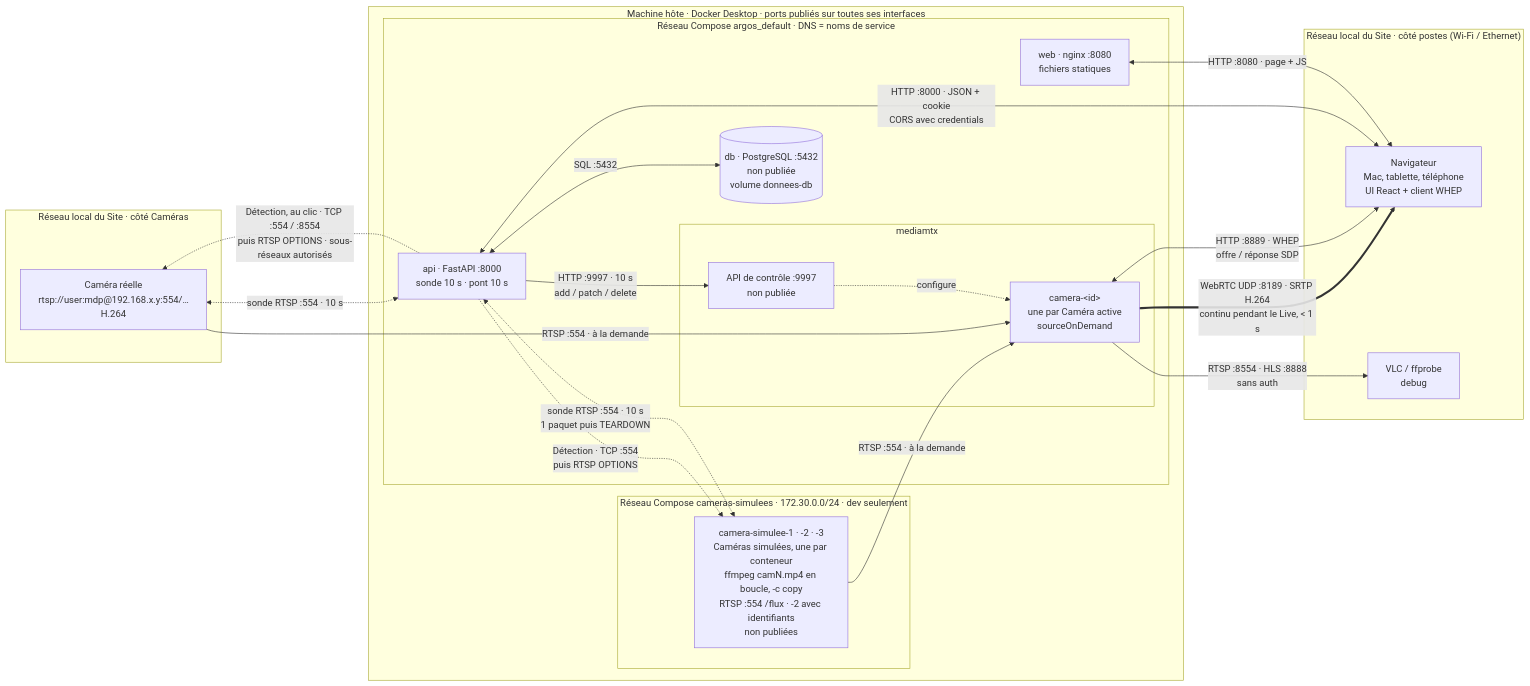
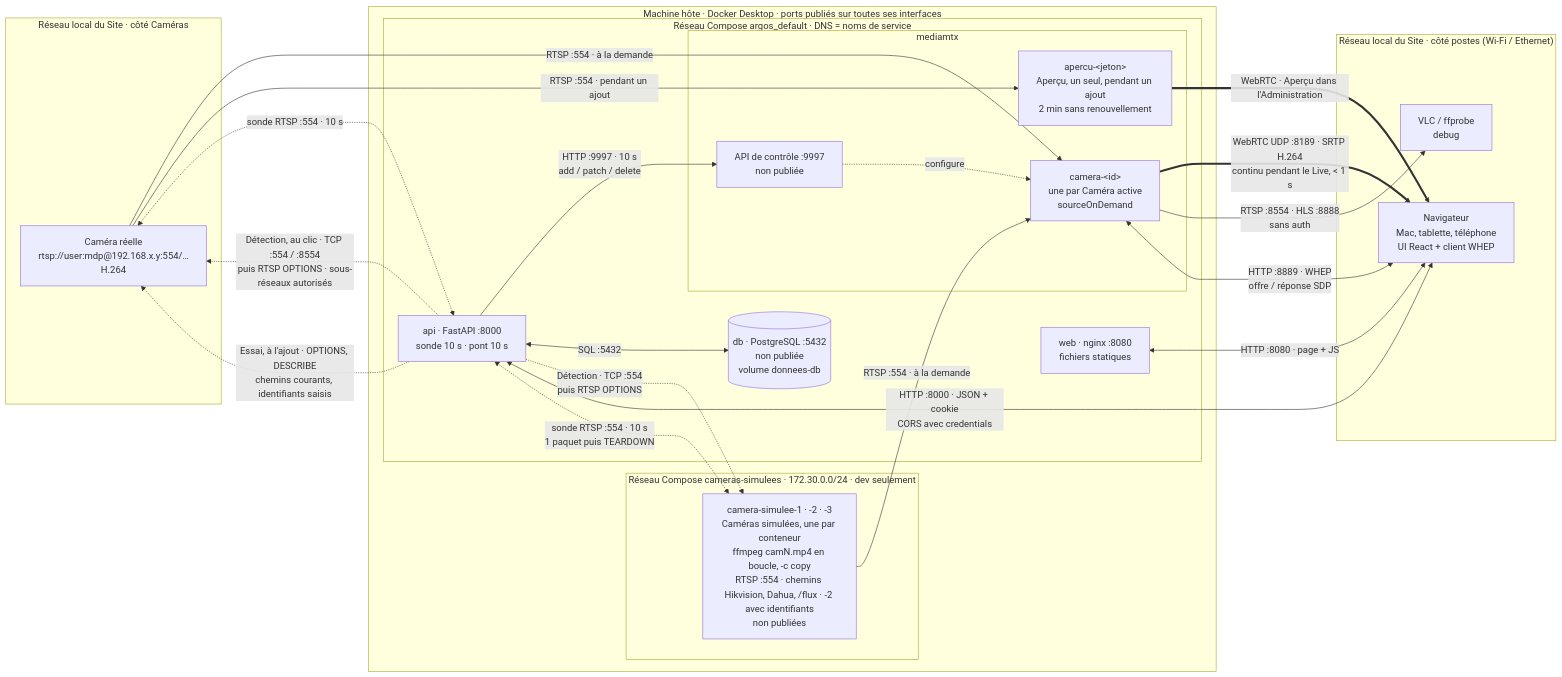
The diagram in docs/dev/schema-flux.md (UlyssouLV/ArgOS), drawn with Mermaid before and after one commit. The commit also changed other lines of this file and 42 other files, not shown here.

First line of the commit message:
V0.4.1 — Ajout d’une Caméra depuis un Candidat (Aperçu et identifiants) (#34)

````diff
--- a/docs/dev/schema-flux.md
+++ b/docs/dev/schema-flux.md
@@ -7,43 +7,47 @@
 ```mermaid
 flowchart LR
     subgraph LANC["Réseau local du Site · côté Caméras"]
         CAMR["Caméra réelle<br/>rtsp://user:mdp@192.168.x.y:554/…<br/>H.264"]
     end
 
     subgraph HOTE["Machine hôte · Docker Desktop · ports publiés sur toutes ses interfaces"]
         subgraph SIMU["Réseau Compose cameras-simulees · 172.30.0.0/24 · dev seulement"]
-            SIM["camera-simulee-1 · -2 · -3<br/>Caméras simulées, une par conteneur<br/>ffmpeg camN.mp4 en boucle, -c copy<br/>RTSP :554 /flux · -2 avec identifiants<br/>non publiées"]
+            SIM["camera-simulee-1 · -2 · -3<br/>Caméras simulées, une par conteneur<br/>ffmpeg camN.mp4 en boucle, -c copy<br/>RTSP :554 · chemins Hikvision, Dahua, /flux · -2 avec identifiants<br/>non publiées"]
         end
         subgraph COMPOSE["Réseau Compose argos_default · DNS = noms de service"]
             subgraph MTX["mediamtx"]
                 PONT["camera-&lt;id&gt;<br/>une par Caméra active<br/>sourceOnDemand"]
+                APERCU["apercu-&lt;jeton&gt;<br/>Aperçu, un seul, pendant un ajout<br/>2 min sans renouvellement"]
                 CTRL["API de contrôle :9997<br/>non publiée"]
             end
             API["api · FastAPI :8000<br/>sonde 10 s · pont 10 s"]
             DB[("db · PostgreSQL :5432<br/>non publiée<br/>volume donnees-db")]
             WEB["web · nginx :8080<br/>fichiers statiques"]
         end
     end
 
     subgraph LANP["Réseau local du Site · côté postes (Wi-Fi / Ethernet)"]
         NAV["Navigateur<br/>Mac, tablette, téléphone<br/>UI React + client WHEP"]
         VLC["VLC / ffprobe<br/>debug"]
     end
 
     SIM -- "RTSP :554 · à la demande" --> PONT
     CAMR -- "RTSP :554 · à la demande" --> PONT
+    CAMR -- "RTSP :554 · pendant un ajout" --> APERCU
+    APERCU == "WebRTC · Aperçu dans l'Administration" ==> NAV
     PONT == "WebRTC UDP :8189 · SRTP H.264<br/>continu pendant le Live, < 1 s" ==> NAV
     PONT -- "RTSP :8554 · HLS :8888<br/>sans auth" --> VLC
 
     CAMR <-. "sonde RTSP :554 · 10 s" .-> API
     SIM <-. "sonde RTSP :554 · 10 s<br/>1 paquet puis TEARDOWN" .-> API
     API -- "HTTP :9997 · 10 s<br/>add / patch / delete" --> CTRL
     CTRL -. configure .-> PONT
     API <-- "SQL :5432" --> DB
     API -. "Détection, au clic · TCP :554 / :8554<br/>puis RTSP OPTIONS · sous-réseaux autorisés" .-> CAMR
     API -. "Détection · TCP :554<br/>puis RTSP OPTIONS" .-> SIM
+    API -. "Essai, à l'ajout · OPTIONS, DESCRIBE<br/>chemins courants, identifiants saisis" .-> CAMR
 
     PONT <-- "HTTP :8889 · WHEP<br/>offre / réponse SDP" --> NAV
     API <-- "HTTP :8000 · JSON + cookie<br/>CORS avec credentials" --> NAV
     WEB <-- "HTTP :8080 · page + JS" --> NAV
 ```
````
